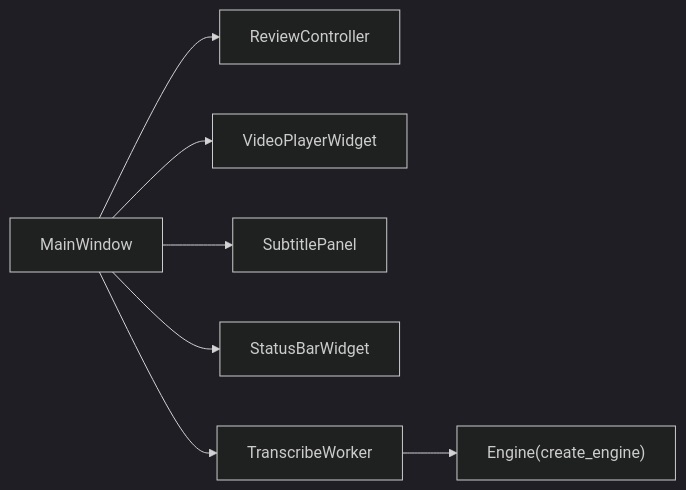
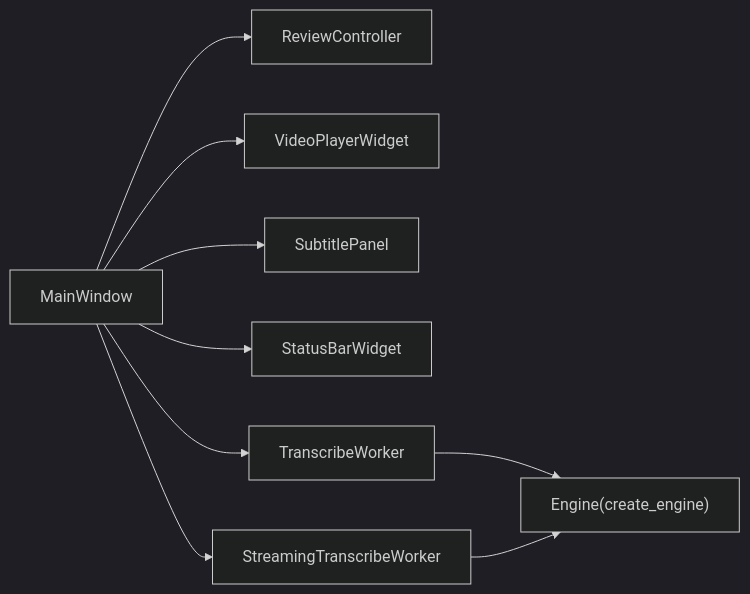
One commit to boyingliu01/VideoSplitter changed diagram 14 of 14 in .qoder/repowiki/zh/content/测试与质量保证/GUI测试.md. Above: the diagram before and after it, drawn with Mermaid (dark theme). The commit also changed other lines of this file and 147 other files, not shown here.

````diff
--- a/.qoder/repowiki/zh/content/测试与质量保证/GUI测试.md
+++ b/.qoder/repowiki/zh/content/测试与质量保证/GUI测试.md
@@ -556,9 +735,11 @@
 ```mermaid
 graph LR
 MW["MainWindow"] --> RC["ReviewController"]
 MW --> VP["VideoPlayerWidget"]
 MW --> SP["SubtitlePanel"]
 MW --> SB["StatusBarWidget"]
 MW --> WK["TranscribeWorker"]
+MW --> SWK["StreamingTranscribeWorker"]
 WK --> ENG["Engine(create_engine)"]
+SWK --> ENG
 ```
````
